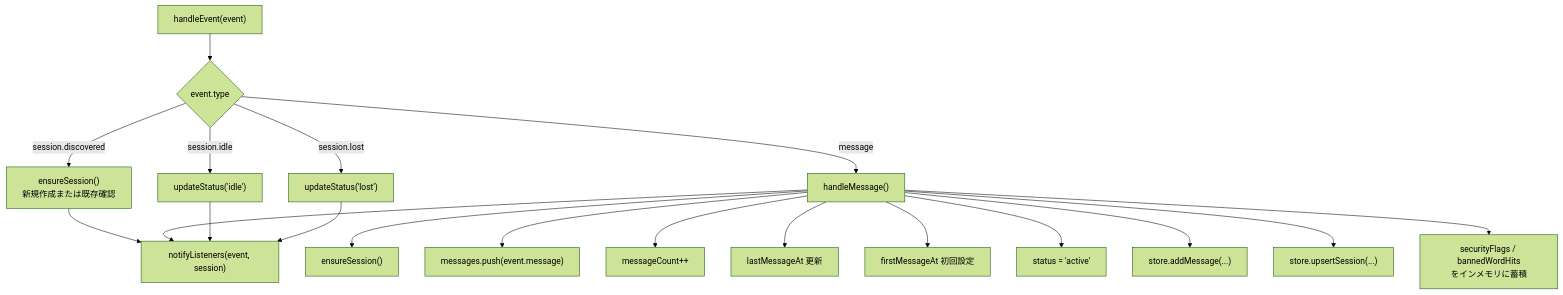
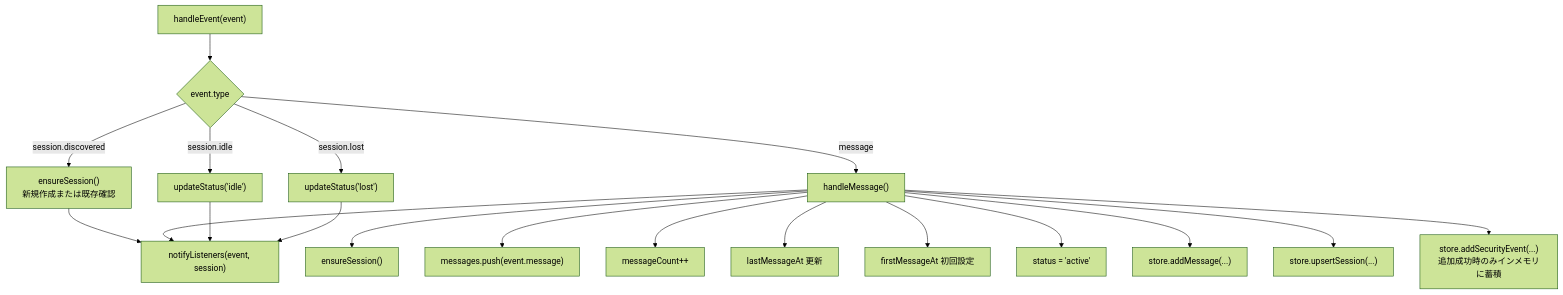
One commit to opaopa6969/agent-log-replayer changed the fourth of 11 diagrams in spec/SPEC.md. Above: the diagram before and after it, drawn with Mermaid (forest theme). The commit also changed other lines of this file and 7 other files, not shown here.

````diff
--- a/spec/SPEC.md
+++ b/spec/SPEC.md
@@ -381,24 +390,24 @@
 ```mermaid
 flowchart TD
     HE["handleEvent(event)"]
     HE --> CHK{event.type}
     CHK -->|session.discovered| ES["ensureSession()<br/>新規作成または既存確認"]
     CHK -->|message| HM["handleMessage()"]
     CHK -->|session.idle| UI["updateStatus('idle')"]
     CHK -->|session.lost| UL["updateStatus('lost')"]
 
     HM --> ES2["ensureSession()"]
     HM --> MP["messages.push(event.message)"]
     HM --> MC["messageCount++"]
     HM --> LM["lastMessageAt 更新"]
     HM --> FM["firstMessageAt 初回設定"]
     HM --> SA["status = 'active'"]
     HM --> AM["store.addMessage(...)"]
     HM --> US["store.upsertSession(...)"]
-    HM --> SEC["securityFlags / bannedWordHits<br/>をインメモリに蓄積"]
+    HM --> SEC["store.addSecurityEvent(...)<br/>追加成功時のみインメモリに蓄積"]
 
     ES --> NL["notifyListeners(event, session)"]
     HM --> NL
     UI --> NL
     UL --> NL
 ```
````
